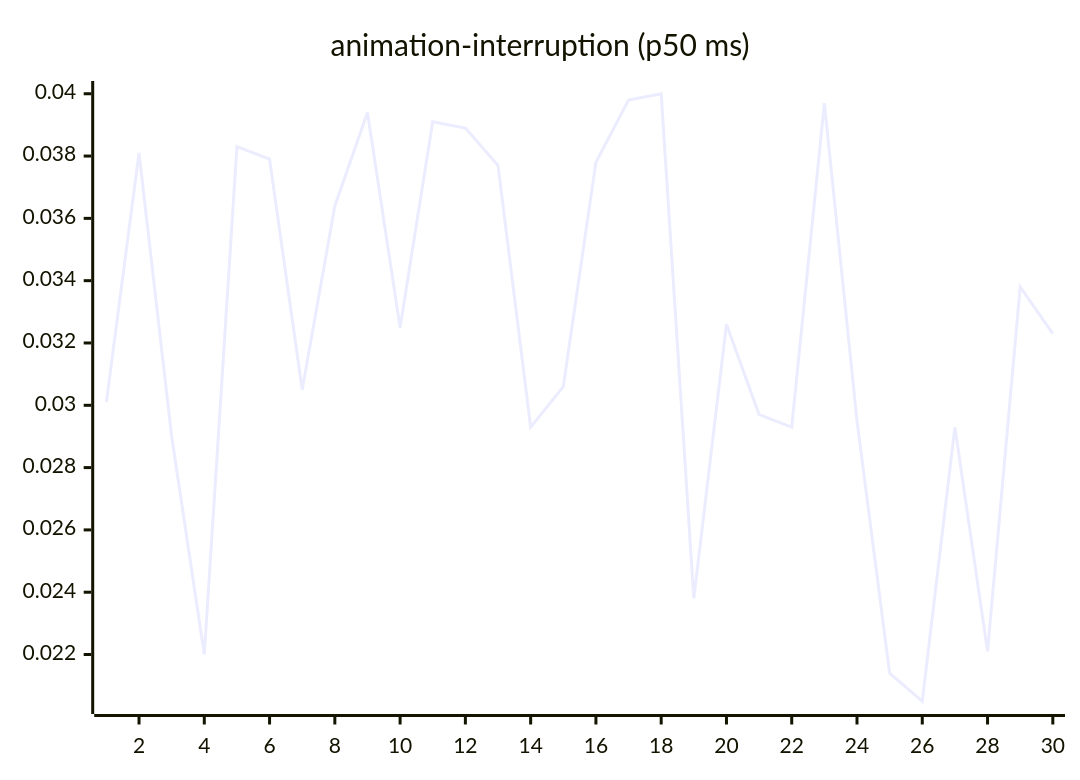
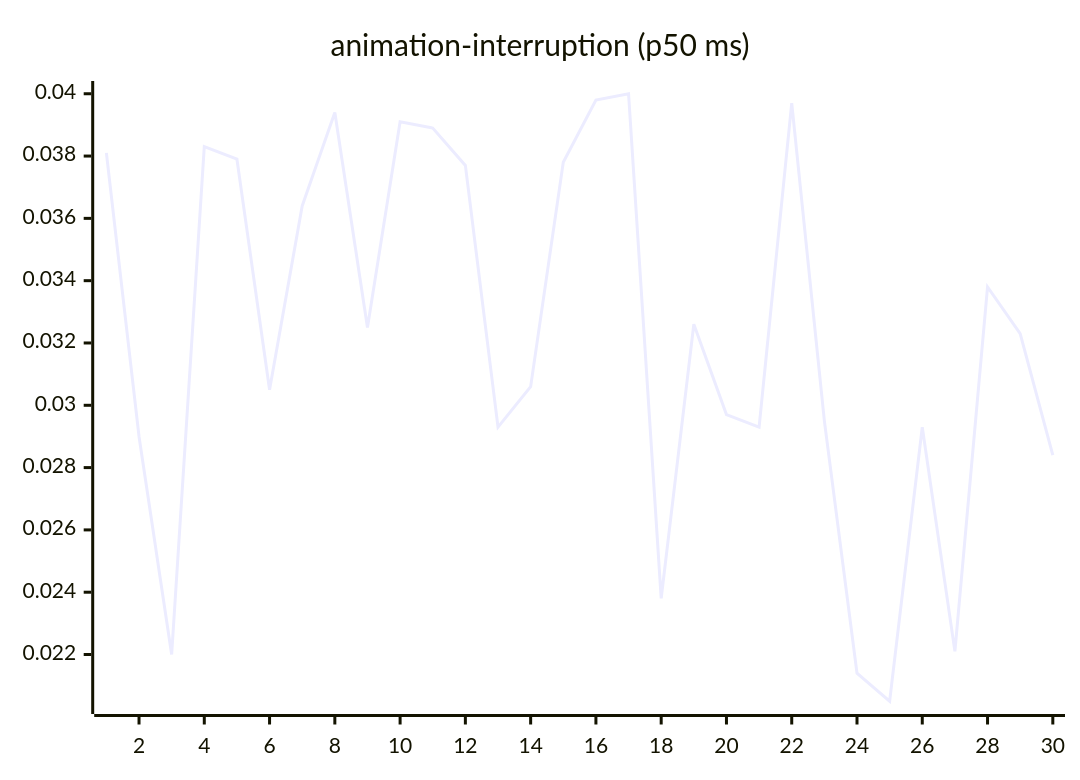
The third of 27 diagrams in README.md (josha/Facet), drawn with Mermaid before and after one commit. The commit also changed other lines of this file and 2 other files, not shown here.

````diff
--- a/README.md
+++ b/README.md
@@ -77,6 +77,6 @@
 ```mermaid
 xychart-beta
     title "animation-interruption (p50 ms)"
     x-axis 1 --> 30
-    line [0.0301, 0.0381, 0.0290, 0.0220, 0.0383, 0.0379, 0.0305, 0.0364, 0.0394, 0.0325, 0.0391, 0.0389, 0.0377, 0.0293, 0.0306, 0.0378, 0.0398, 0.0400, 0.0238, 0.0326, 0.0297, 0.0293, 0.0397, 0.0295, 0.0214, 0.0205, 0.0293, 0.0221, 0.0338, 0.0323]
+    line [0.0381, 0.0290, 0.0220, 0.0383, 0.0379, 0.0305, 0.0364, 0.0394, 0.0325, 0.0391, 0.0389, 0.0377, 0.0293, 0.0306, 0.0378, 0.0398, 0.0400, 0.0238, 0.0326, 0.0297, 0.0293, 0.0397, 0.0295, 0.0214, 0.0205, 0.0293, 0.0221, 0.0338, 0.0323, 0.0284]
 ```
````
